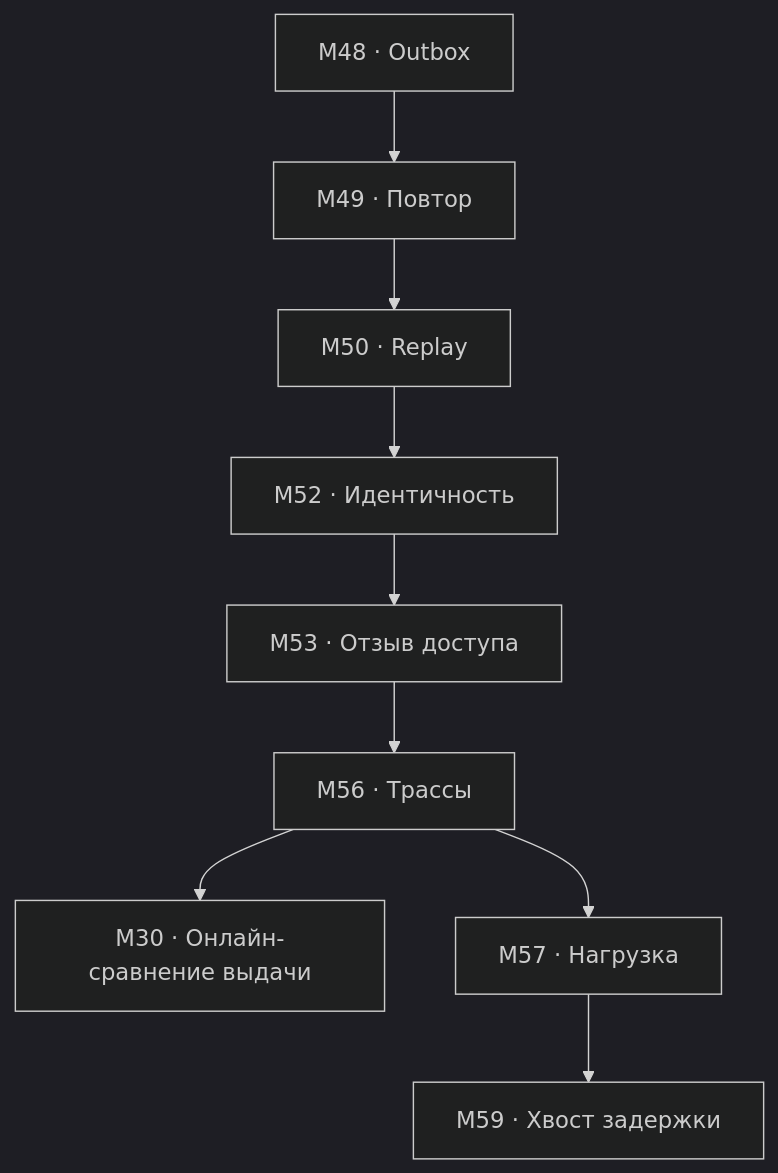
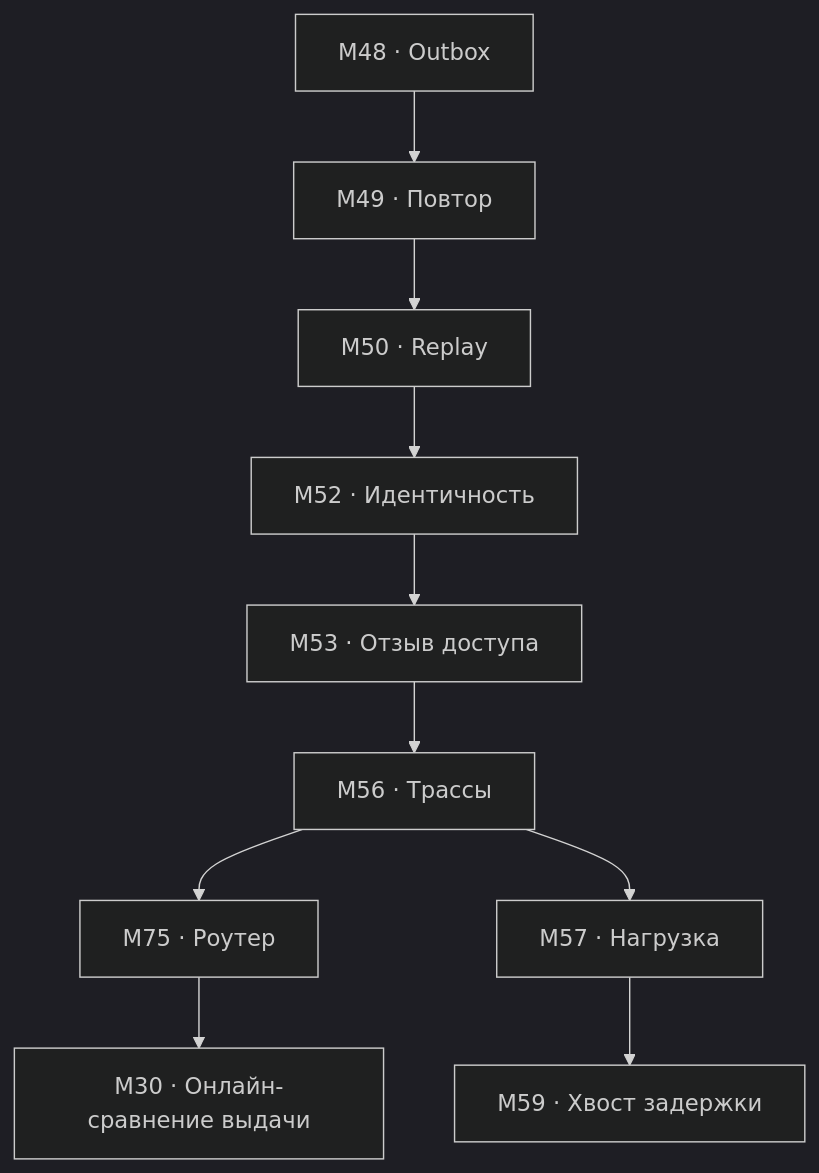
Before and after one commit to 620474/applied-ai-reading: the diagram in production.md, drawn with Mermaid (dark theme). The commit also changed other lines of this file and 5 other files, not shown here.

````diff
--- a/production.md
+++ b/production.md
@@ -5,11 +5,11 @@
 ```mermaid
 flowchart TD
 A["M48 · Outbox"] --> B["M49 · Повтор"]
 B --> C["M50 · Replay"]
 C --> D["M52 · Идентичность"]
 D --> E["M53 · Отзыв доступа"]
 E --> F["M56 · Трассы"]
-F --> I["M30 · Онлайн-сравнение выдачи"]
+F --> R["M75 · Роутер"] --> I["M30 · Онлайн-сравнение выдачи"]
 F --> G["M57 · Нагрузка"]
 G --> H["M59 · Хвост задержки"]
 ```
````
